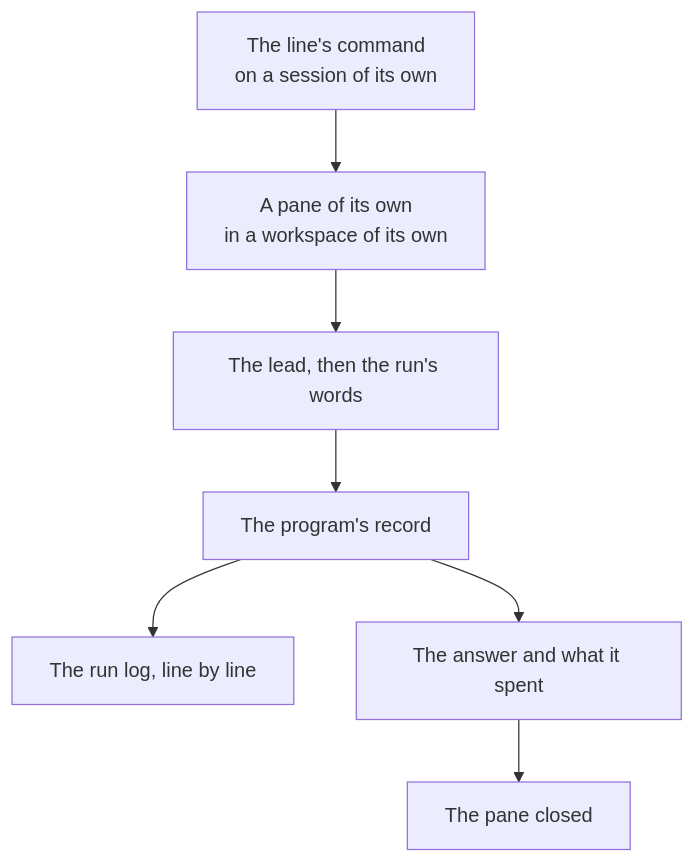
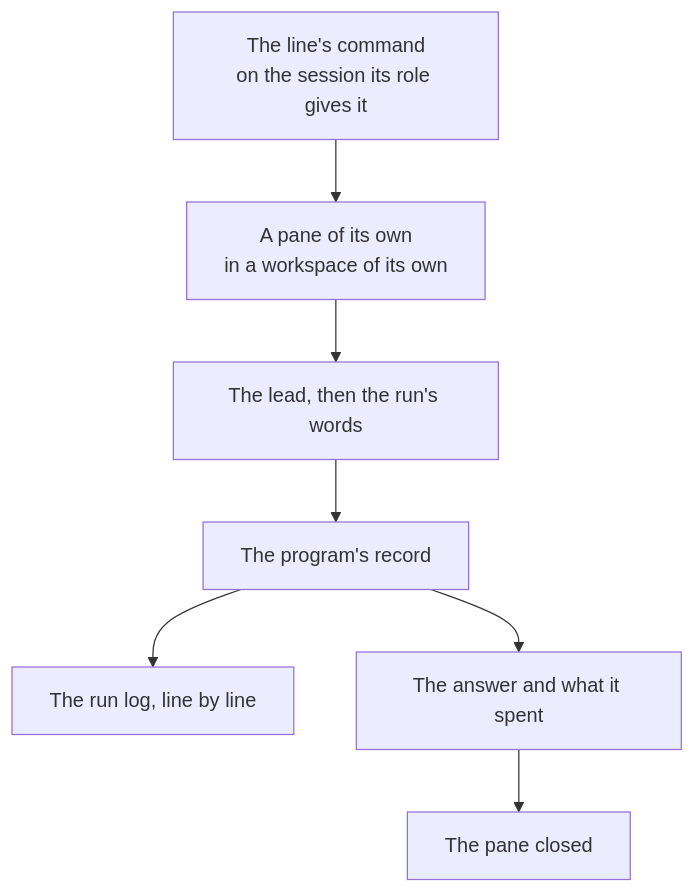
One commit to ahas/bmo-agency changed the second of 2 diagrams in docs/agents.md. Above: the diagram before and after it, drawn with Mermaid. The commit also changed other lines of this file and 73 other files, not shown here.

````diff
--- a/docs/agents.md
+++ b/docs/agents.md
@@ -101,9 +103,9 @@
 ```mermaid
 flowchart TD
-  C[The line's command<br/>on a session of its own] --> P[A pane of its own<br/>in a workspace of its own]
+  C[The line's command<br/>on the session its role gives it] --> P[A pane of its own<br/>in a workspace of its own]
   P --> T[The lead, then the run's words]
   T --> R[The program's record]
   R --> L[The run log, line by line]
   R --> A[The answer and what it spent]
   A --> X[The pane closed]
 ```
````
